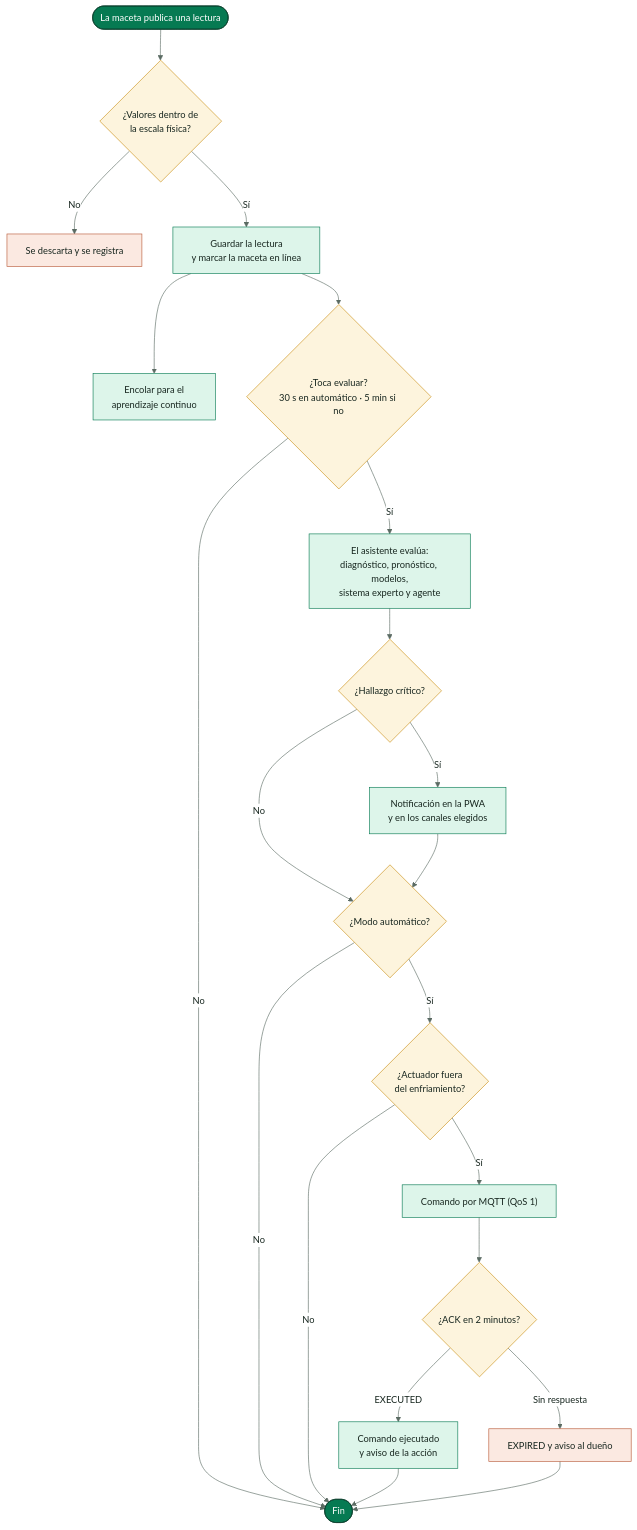
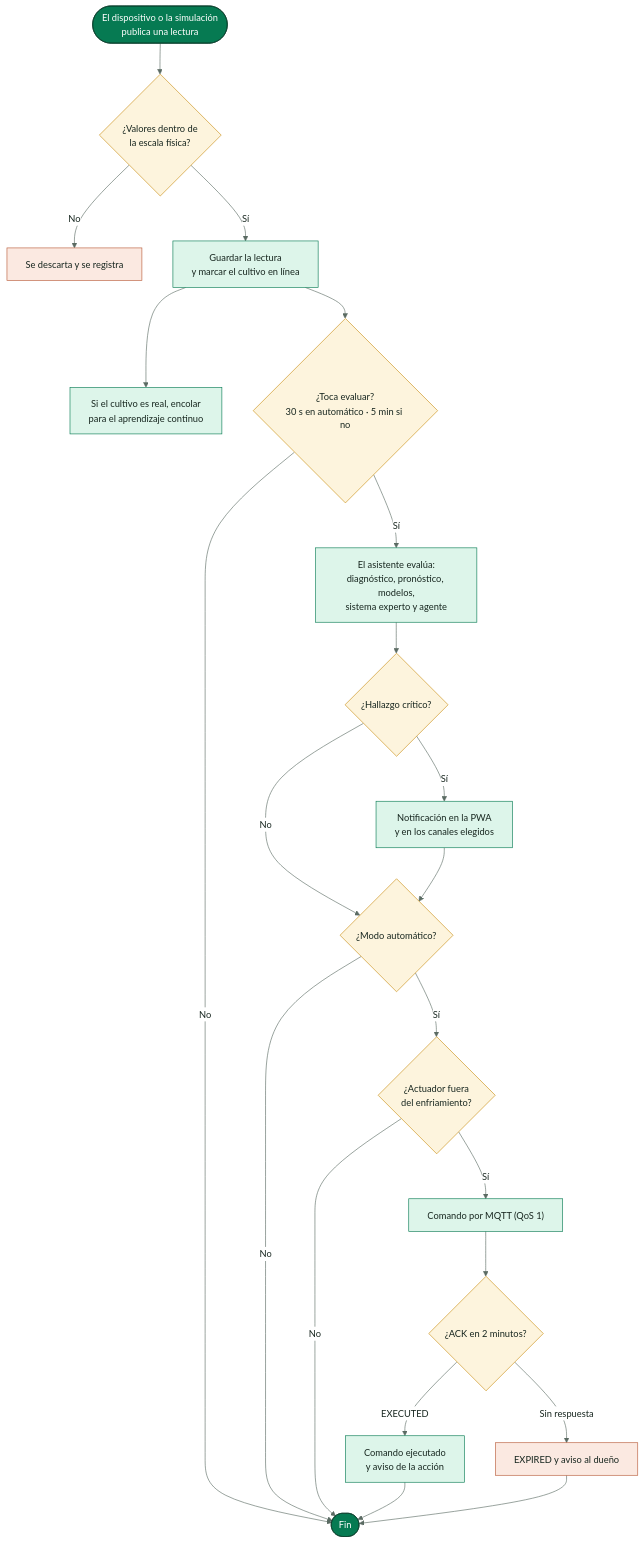
The diagram in docs/diagrams/SmartPot_13_Control_Activity.mmd (SmartPotTech/.github), drawn with Mermaid before and after one commit.

Commit message:
Learn only from real crops in the control activity

```diff
--- a/docs/diagrams/SmartPot_13_Control_Activity.mmd
+++ b/docs/diagrams/SmartPot_13_Control_Activity.mmd
@@ -1,30 +1,30 @@
 %%{init: {"theme": "base", "fontFamily": "Segoe UI, Arial, sans-serif", "themeVariables": {"fontFamily": "Segoe UI, Arial, sans-serif", "fontSize": "15px", "primaryColor": "#DDF5EA", "primaryTextColor": "#17261F", "primaryBorderColor": "#067A52", "secondaryColor": "#E3F2FB", "secondaryTextColor": "#17261F", "secondaryBorderColor": "#1F6FA0", "tertiaryColor": "#F2F7F4", "tertiaryTextColor": "#17261F", "tertiaryBorderColor": "#D5E3DC", "lineColor": "#5B6B63", "textColor": "#17261F", "mainBkg": "#DDF5EA", "nodeBorder": "#067A52", "clusterBkg": "#F7FAF8", "clusterBorder": "#D5E3DC", "edgeLabelBackground": "#FFFFFF", "actorBkg": "#067A52", "actorBorder": "#0B3D2B", "actorTextColor": "#FFFFFF", "actorLineColor": "#5B6B63", "signalColor": "#17261F", "signalTextColor": "#17261F", "labelBoxBkgColor": "#0B3D2B", "labelBoxBorderColor": "#0B3D2B", "labelTextColor": "#FFFFFF", "loopTextColor": "#0B3D2B", "noteBkgColor": "#FDF4DD", "noteBorderColor": "#C98D12", "noteTextColor": "#17261F", "activationBkgColor": "#DDF5EA", "activationBorderColor": "#067A52", "attributeBackgroundColorOdd": "#FFFFFF", "attributeBackgroundColorEven": "#F2F7F4"}}}%%
 flowchart TB
-  inicio(["La maceta publica una lectura"]) --> valida{"¿Valores dentro de<br/>la escala física?"}
+  inicio(["El dispositivo o la simulación<br/>publica una lectura"]) --> valida{"¿Valores dentro de<br/>la escala física?"}
   valida -->|"No"| descarta["Se descarta y se registra"]
-  valida -->|"Sí"| guarda["Guardar la lectura<br/>y marcar la maceta en línea"]
-  guarda --> aprende["Encolar para el<br/>aprendizaje continuo"]
+  valida -->|"Sí"| guarda["Guardar la lectura<br/>y marcar el cultivo en línea"]
+  guarda --> aprende["Si el cultivo es real, encolar<br/>para el aprendizaje continuo"]
   guarda --> evalua{"¿Toca evaluar?<br/>30 s en automático · 5 min si no"}
   evalua -->|"No"| fin(["Fin"])
   evalua -->|"Sí"| ia["El asistente evalúa:<br/>diagnóstico, pronóstico, modelos,<br/>sistema experto y agente"]
   ia --> critico{"¿Hallazgo crítico?"}
   critico -->|"Sí"| alerta["Notificación en la PWA<br/>y en los canales elegidos"]
   critico -->|"No"| auto
   alerta --> auto{"¿Modo automático?"}
   auto -->|"No"| fin
   auto -->|"Sí"| enfria{"¿Actuador fuera<br/>del enfriamiento?"}
   enfria -->|"No"| fin
   enfria -->|"Sí"| comando["Comando por MQTT (QoS 1)"]
   comando --> ack{"¿ACK en 2 minutos?"}
   ack -->|"EXECUTED"| ok["Comando ejecutado<br/>y aviso de la acción"]
   ack -->|"Sin respuesta"| vence["EXPIRED y aviso al dueño"]
   ok --> fin
   vence --> fin
   classDef start fill:#067A52,stroke:#0B3D2B,color:#FFFFFF
   classDef step fill:#DDF5EA,stroke:#067A52,color:#17261F
   classDef ask fill:#FDF4DD,stroke:#C98D12,color:#17261F
   classDef bad fill:#FBE9E1,stroke:#B85A38,color:#17261F
   class inicio,fin start
   class guarda,aprende,ia,alerta,comando,ok step
   class valida,evalua,critico,auto,enfria,ack ask
   class descarta,vence bad
```
